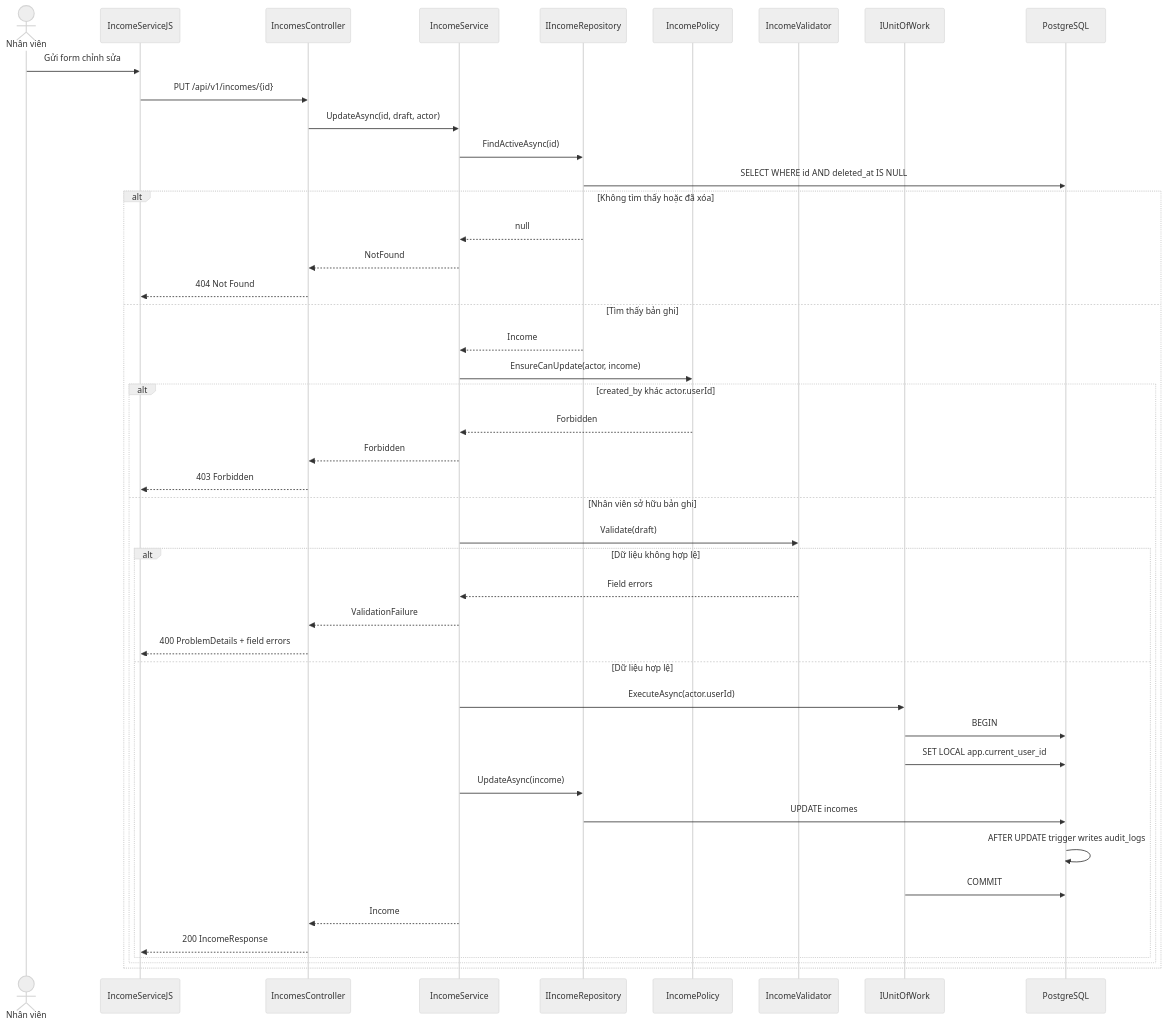
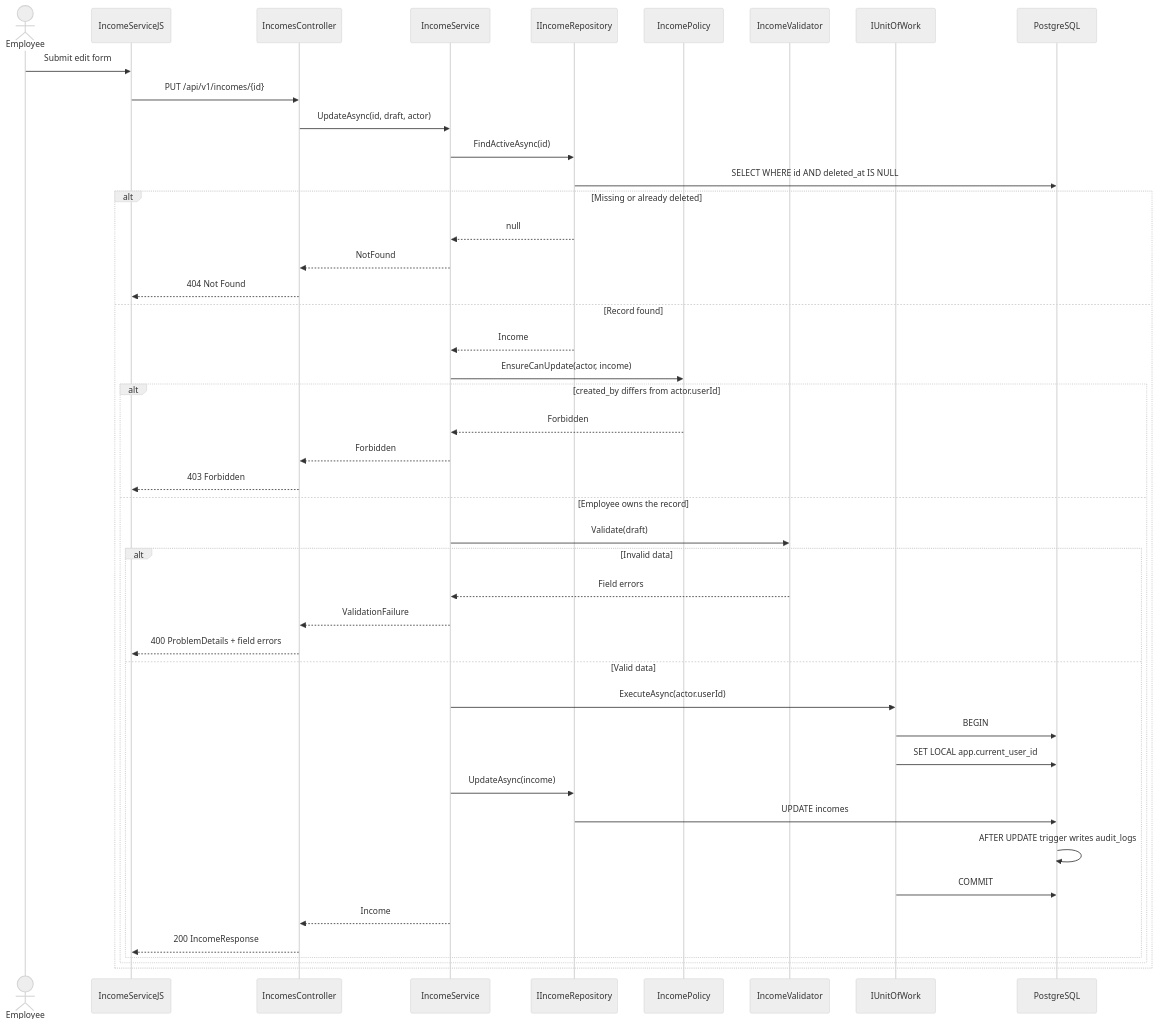
One commit to PhamHiep948/finance-manager changed the third of 5 diagrams in docs/architecture/uml/02-sequence-diagrams.md. Above: the diagram before and after it, drawn with Mermaid (neutral theme). The commit also changed other lines of this file and 16 other files, not shown here.

````diff
--- a/docs/architecture/uml/02-sequence-diagrams.md
+++ b/docs/architecture/uml/02-sequence-diagrams.md
@@ -114,49 +114,49 @@
 ```mermaid
 sequenceDiagram
-    actor Employee as Nhân viên
+    actor Employee as Employee
     participant Web as IncomeServiceJS
     participant Api as IncomesController
     participant Service as IncomeService
     participant Repo as IIncomeRepository
     participant Policy as IncomePolicy
     participant Validator as IncomeValidator
     participant Uow as IUnitOfWork
     participant Db as PostgreSQL
 
-    Employee->>Web: Gửi form chỉnh sửa
+    Employee->>Web: Submit edit form
     Web->>Api: PUT /api/v1/incomes/{id}
     Api->>Service: UpdateAsync(id, draft, actor)
     Service->>Repo: FindActiveAsync(id)
     Repo->>Db: SELECT WHERE id AND deleted_at IS NULL
 
-    alt Không tìm thấy hoặc đã xóa
+    alt Missing or already deleted
         Repo-->>Service: null
         Service-->>Api: NotFound
         Api-->>Web: 404 Not Found
-    else Tìm thấy bản ghi
+    else Record found
         Repo-->>Service: Income
         Service->>Policy: EnsureCanUpdate(actor, income)
-        alt created_by khác actor.userId
+        alt created_by differs from actor.userId
             Policy-->>Service: Forbidden
             Service-->>Api: Forbidden
             Api-->>Web: 403 Forbidden
-        else Nhân viên sở hữu bản ghi
+        else Employee owns the record
             Service->>Validator: Validate(draft)
-            alt Dữ liệu không hợp lệ
+            alt Invalid data
                 Validator-->>Service: Field errors
                 Service-->>Api: ValidationFailure
                 Api-->>Web: 400 ProblemDetails + field errors
-            else Dữ liệu hợp lệ
+            else Valid data
                 Service->>Uow: ExecuteAsync(actor.userId)
                 Uow->>Db: BEGIN
                 Uow->>Db: SET LOCAL app.current_user_id
                 Service->>Repo: UpdateAsync(income)
                 Repo->>Db: UPDATE incomes
                 Db->>Db: AFTER UPDATE trigger writes audit_logs
                 Uow->>Db: COMMIT
                 Service-->>Api: Income
                 Api-->>Web: 200 IncomeResponse
             end
         end
     end
 ```
````
